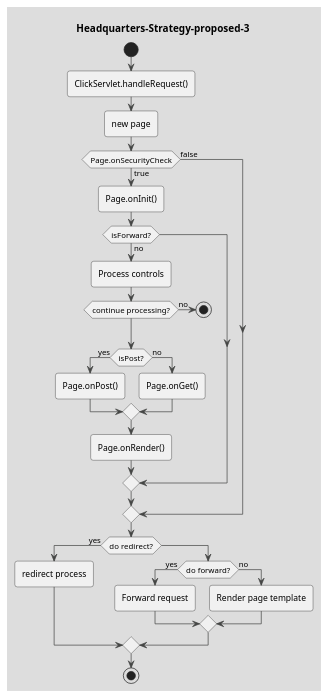
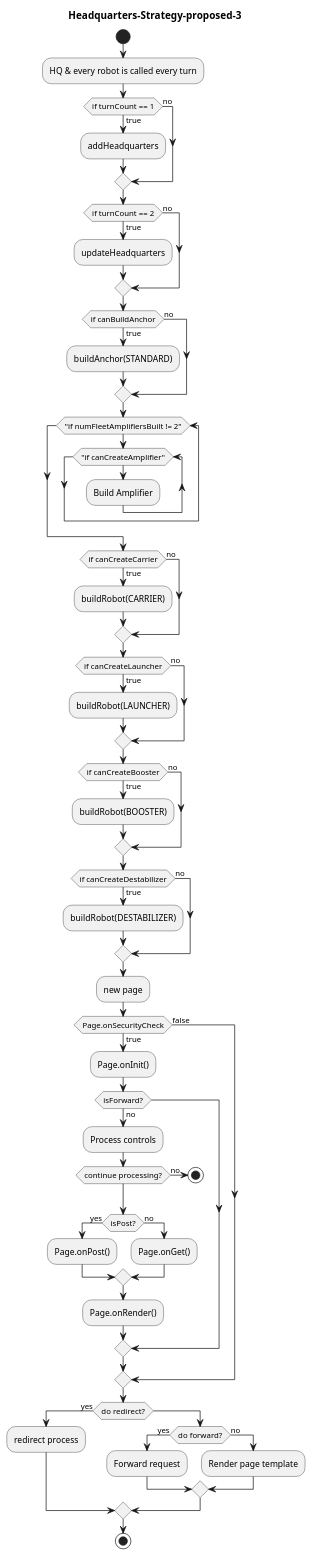
Before and after one commit to coding-to-music/plantuml-diagram-examples: the diagram in drawings/Headquarters-Strategy-proposed-3.puml, drawn with PlantUML. The commit also changed 1 other file, not shown here.

```diff
--- a/drawings/Headquarters-Strategy-proposed-3.puml
+++ b/drawings/Headquarters-Strategy-proposed-3.puml
@@ -1,36 +1,91 @@
 @startuml Headquarters-Strategy-proposed-3
-!theme toy 
+' !theme toy 
 title Headquarters-Strategy-proposed-3
 start
-:ClickServlet.handleRequest();
+:HQ & every robot is called every turn;
+if (if turnCount == 1) then (true) 
+:addHeadquarters; 
+else (no)
+endif
+if (if turnCount == 2) then (true) 
+:updateHeadquarters; 
+else (no)
+endif
+if (if canBuildAnchor) then (true) 
+:buildAnchor(STANDARD); 
+else (no)
+endif
+while ("if numFleetAmplifiersBuilt != 2")
+    while ("if canCreateAmplifier") 
+      :Build Amplifier;            
+    endwhile  
+endwhile  
+if (if canCreateCarrier) then (true) 
+:buildRobot(CARRIER); 
+else (no)
+endif
+if (if canCreateLauncher) then (true) 
+:buildRobot(LAUNCHER); 
+else (no)
+endif
+if (if canCreateBooster) then (true) 
+:buildRobot(BOOSTER); 
+else (no)
+endif
+if (if canCreateDestabilizer) then (true) 
+:buildRobot(DESTABILIZER); 
+else (no)
+endif
+
+'       if "canCreateCarrier" then
+'         -left->[true] "createRobot(CARRIER)"
+'       else
+'         if "canCreateLauncher" then
+'           -left->[true] "createRobot(LAUNCHER)"
+'         else
+'           if "canCreateBooster" then
+'             -left->[true] "createRobot(BOOSTER)"
+'           else
+'             if "canCreateDestabilizer" then
+'               -left->[true] "createRobot(DESTABILIZER)"
+'             else
+'               -->[true] "yield (end turn)"
+'             endif
+'           endif
+'         endif
+'       endif
+'     endif
+'   endif
+' endif
+
 :new page;
 if (Page.onSecurityCheck) then (true)
   :Page.onInit();
   if (isForward?) then (no)
     :Process controls;
     if (continue processing?) then (no)
       stop
     endif
 
     if (isPost?) then (yes)
       :Page.onPost();
     else (no)
       :Page.onGet();
     endif
     :Page.onRender();
   endif
 else (false)
 endif
 
 if (do redirect?) then (yes)
   :redirect process;
 else
   if (do forward?) then (yes)
     :Forward request;
   else (no)
     :Render page template;
   endif
 endif
 
 stop
 @enduml
```
